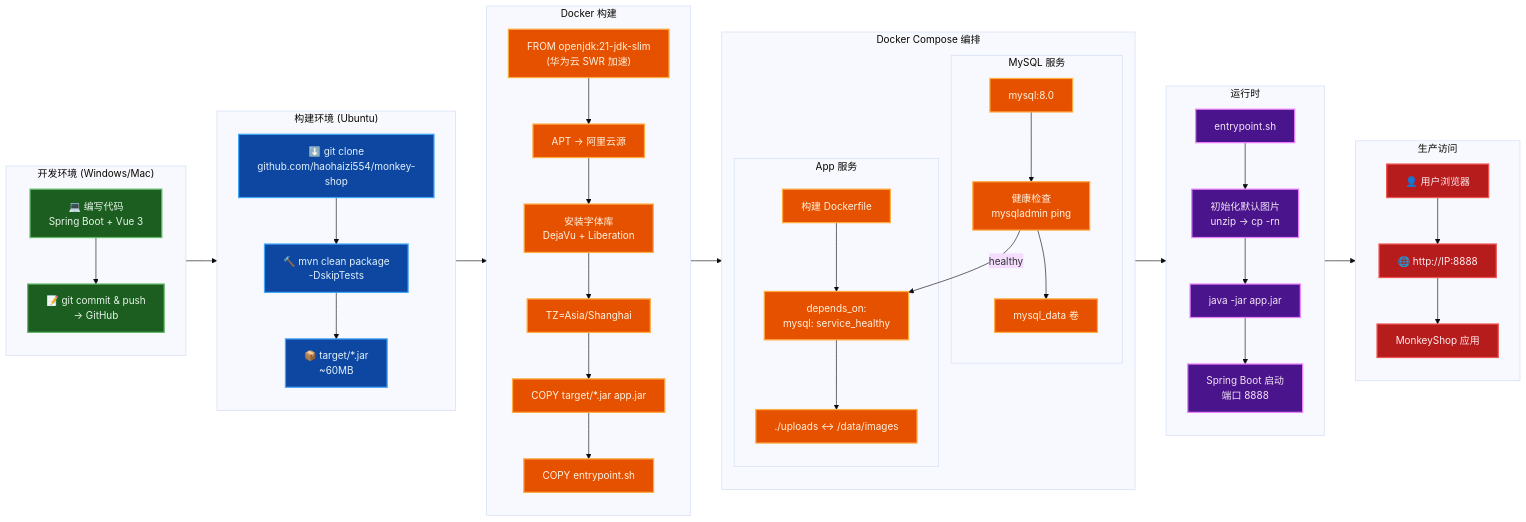
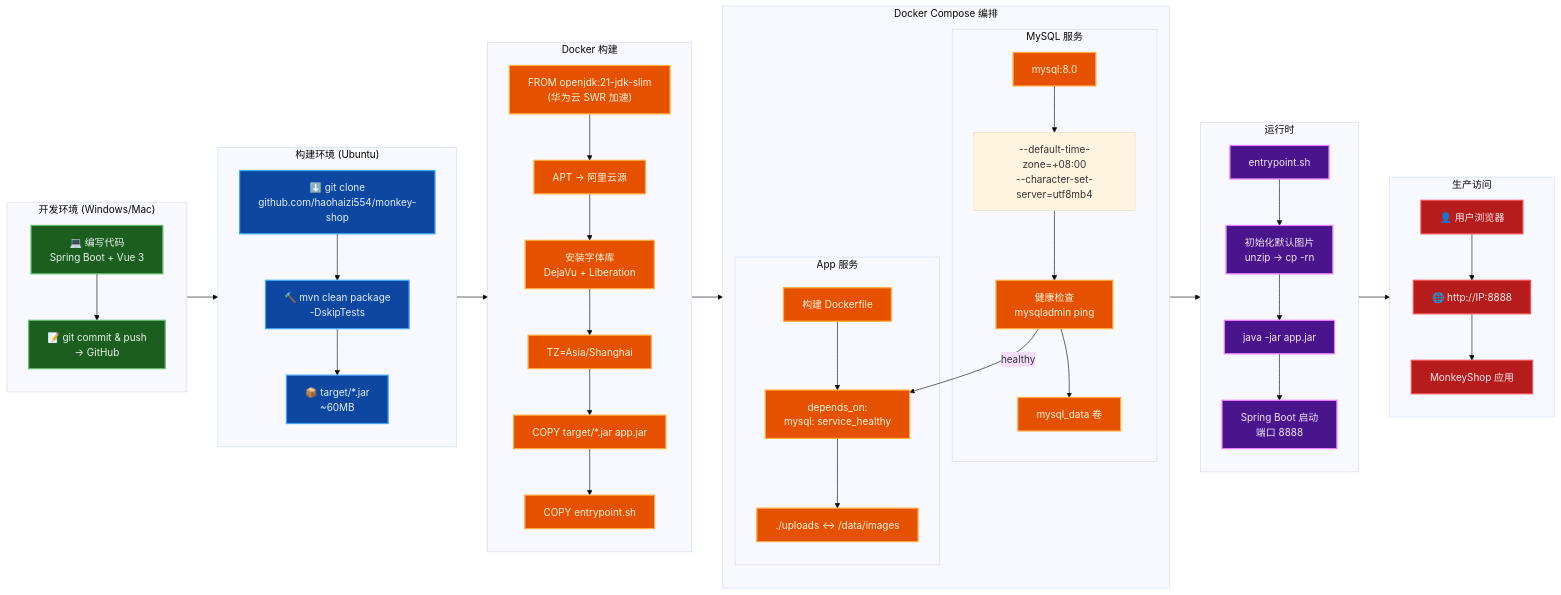
One commit to haohaizi554/monkey-shop changed the diagram in 架构图-部署流水线.mermaid. Above: the diagram before and after it, drawn with Mermaid (base theme). The commit also changed 4 other files, not shown here.

Commit message:
docs: update docs and diagrams for MySQL timezone and dashboard fixes

```diff
--- a/架构图-部署流水线.mermaid
+++ b/架构图-部署流水线.mermaid
@@ -1,96 +1,97 @@
 %% MonkeyShop 部署流水线图
 %% 展示从代码提交到生产部署的完整 CI/CD 流程
 flowchart LR
     subgraph Dev["开发环境 (Windows/Mac)"]
         direction TB
         Code["💻 编写代码<br/>Spring Boot + Vue 3"]
         Git["📝 git commit & push<br/>→ GitHub"]
         Code --> Git
     end
 
     subgraph Build["构建环境 (Ubuntu)"]
         direction TB
         Clone["⬇️ git clone<br/>github.com/haohaizi554/monkey-shop"]
         Compile["🔨 mvn clean package<br/>-DskipTests"]
         Jar["📦 target/*.jar<br/>~60MB"]
         Clone --> Compile --> Jar
     end
 
     subgraph DockerBuild["Docker 构建"]
         direction TB
         BaseImg["FROM openjdk:21-jdk-slim<br/>(华为云 SWR 加速)"]
         AptMirror["APT → 阿里云源"]
         Fonts["安装字体库<br/>DejaVu + Liberation"]
         Timezone["TZ=Asia/Shanghai"]
         CopyJar["COPY target/*.jar app.jar"]
         Entrypoint["COPY entrypoint.sh"]
         BaseImg --> AptMirror --> Fonts --> Timezone --> CopyJar --> Entrypoint
     end
 
     subgraph Compose["Docker Compose 编排"]
         direction TB
         subgraph MySQLSvc["MySQL 服务"]
             MImg["mysql:8.0"]
+            MTZ["--default-time-zone=+08:00<br/>--character-set-server=utf8mb4"]
             MHealth["健康检查<br/>mysqladmin ping"]
             MVol["mysql_data 卷"]
-            MImg --> MHealth --> MVol
+            MImg --> MTZ --> MHealth --> MVol
         end
         subgraph AppSvc["App 服务"]
             AImg["构建 Dockerfile"]
             ADep["depends_on:<br/>mysql: service_healthy"]
             AVol["./uploads ↔ /data/images"]
             AImg --> ADep --> AVol
         end
         MHealth -->|"healthy"| ADep
     end
 
     subgraph Runtime["运行时"]
         direction TB
         Start["entrypoint.sh"]
         InitImg["初始化默认图片<br/>unzip → cp -rn"]
         JavaApp["java -jar app.jar"]
         Spring["Spring Boot 启动<br/>端口 8888"]
         Start --> InitImg --> JavaApp --> Spring
     end
 
     subgraph Prod["生产访问"]
         direction TB
         User["👤 用户浏览器"]
         Nginx["🌐 http://IP:8888"]
         App["MonkeyShop 应用"]
         User --> Nginx --> App
     end
 
     Dev --> Build --> DockerBuild --> Compose --> Runtime --> Prod
 
     classDef dev fill:#1b5e20,stroke:#66bb6a,stroke-width:2px,color:#e8f5e9
     classDef build fill:#0d47a1,stroke:#42a5f5,stroke-width:2px,color:#e3f2fd
     classDef docker fill:#e65100,stroke:#ffab40,stroke-width:2px,color:#fff3e0
     classDef runtime fill:#4a148c,stroke:#ea80fc,stroke-width:2px,color:#f3e5f5
     classDef prod fill:#b71c1c,stroke:#ef5350,stroke-width:2px,color:#ffebee
     classDef process fill:#37474f,stroke:#b0bec5,stroke-width:2px,color:#eceff1
 
     Code:::dev
     Git:::dev
     Clone:::build
     Compile:::build
     Jar:::build
     BaseImg:::docker
     AptMirror:::docker
     Fonts:::docker
     Timezone:::docker
     CopyJar:::docker
     Entrypoint:::docker
     MImg:::docker
     MHealth:::docker
     MVol:::docker
     AImg:::docker
     ADep:::docker
     AVol:::docker
     Start:::runtime
     InitImg:::runtime
     JavaApp:::runtime
     Spring:::runtime
     User:::prod
     Nginx:::prod
     App:::prod
```
